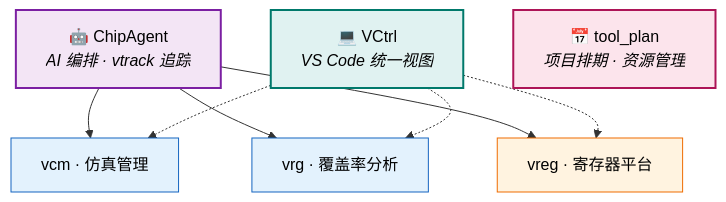
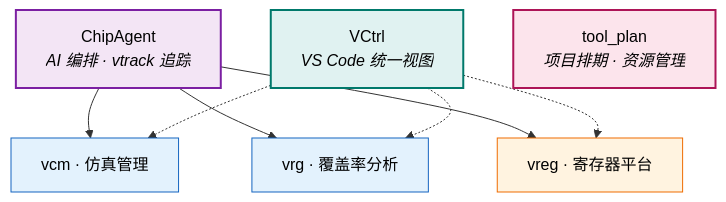
The second of 3 diagrams in README.md (Johnmc104/Johnmc104), drawn with Mermaid before and after one commit. The commit also changed other lines of this file, not shown here.

````diff
--- a/README.md
+++ b/README.md
@@ -100,21 +100,21 @@
 ```mermaid
 flowchart TD
-    CA["🤖 ChipAgent<br/><i>AI 编排 · vtrack 追踪</i>"]:::agent
+    CA["ChipAgent<br/><i>AI 编排 · vtrack 追踪</i>"]:::agent
 
     CA --> vcm["vcm · 仿真管理"]:::tool
     CA --> vrg["vrg · 覆盖率分析"]:::tool
     CA --> vreg["vreg · 寄存器平台"]:::reg
 
-    vctrl["💻 VCtrl<br/><i>VS Code 统一视图</i>"]:::gui
-    tplan["📅 tool_plan<br/><i>项目排期 · 资源管理</i>"]:::plan
+    vctrl["VCtrl<br/><i>VS Code 统一视图</i>"]:::gui
+    tplan["tool_plan<br/><i>项目排期 · 资源管理</i>"]:::plan
 
     vctrl -.-> vcm
     vctrl -.-> vrg
     vctrl -.-> vreg
 
     classDef agent fill:#f3e5f5,stroke:#7b1fa2,stroke-width:2px,color:#000
     classDef reg fill:#fff3e0,stroke:#ef6c00,color:#000
     classDef tool fill:#e3f2fd,stroke:#1565c0,color:#000
     classDef gui fill:#e0f2f1,stroke:#00796b,stroke-width:2px,color:#000
     classDef plan fill:#fce4ec,stroke:#ad1457,stroke-width:2px,color:#000
 ```
````
